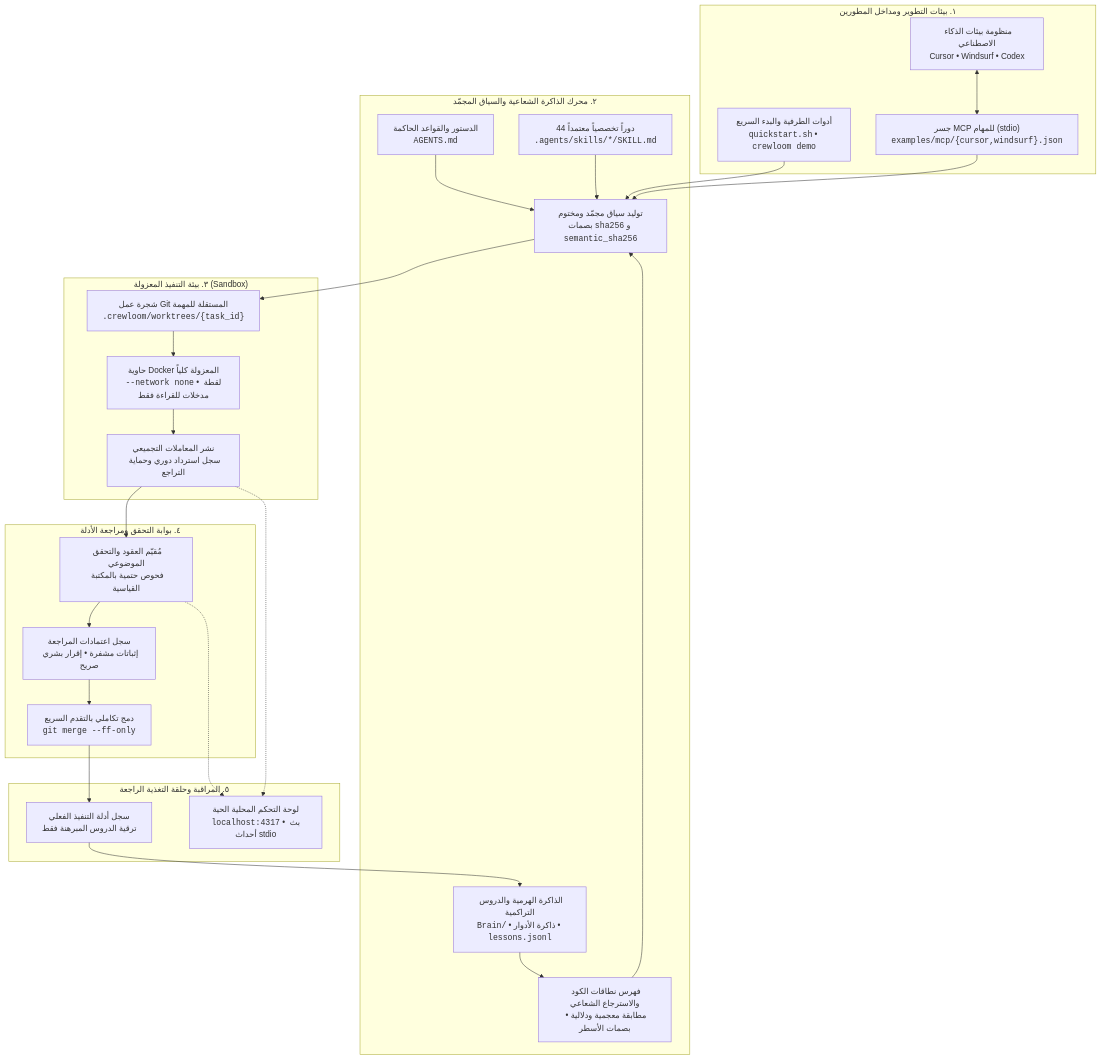
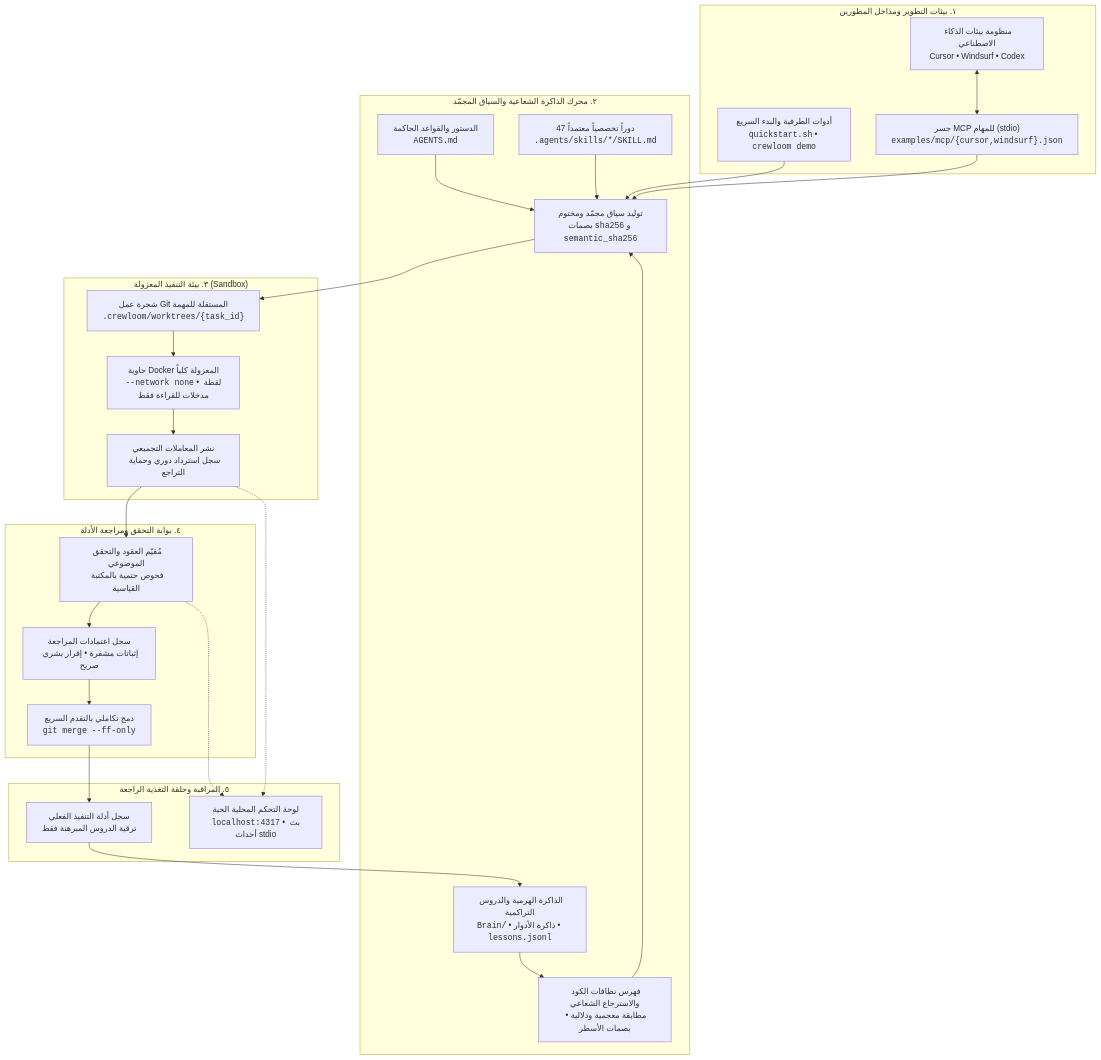
Before and after one commit to crewloom/crewloom: the diagram in README.ar.md, drawn with Mermaid. The commit also changed other lines of this file and 50 other files, not shown here.

````diff
--- a/README.ar.md
+++ b/README.ar.md
@@ -40,54 +40,54 @@
 ```mermaid
 flowchart TD
     subgraph IDE ["١. بيئات التطوير ومداخل المطورين"]
         CLI["أدوات الطرفية والبدء السريع<br/><code>quickstart.sh</code> • <code>crewloom demo</code>"]
         IDEs["منظومة بيئات الذكاء الاصطناعي<br/>Cursor • Windsurf • Codex"]
         MCP["جسر MCP للمهام (stdio)<br/><code>examples/mcp/{cursor,windsurf}.json</code>"]
         IDEs <--> MCP
     end
 
     subgraph Memory ["٢. محرك الذاكرة الشعاعية والسياق المجمّد"]
         Rules["الدستور والقواعد الحاكمة<br/><code>AGENTS.md</code>"]
-        Roles["44 دوراً تخصصياً معتمداً<br/><code>.agents/skills/*/SKILL.md</code>"]
+        Roles["47 دوراً تخصصياً معتمداً<br/><code>.agents/skills/*/SKILL.md</code>"]
         Brain["الذاكرة الهرمية والدروس التراكمية<br/><code>Brain/</code> • ذاكرة الأدوار • <code>lessons.jsonl</code>"]
         Indexer["فهرس نطاقات الكود والاسترجاع الشعاعي<br/>مطابقة معجمية ودلالية • بصمات الأسطر"]
         FrozenGen["توليد سياق مجمّد ومختوم<br/>بصمات <code>sha256</code> و <code>semantic_sha256</code>"]
         
         Rules --> FrozenGen
         Roles --> FrozenGen
         Brain --> Indexer
         Indexer --> FrozenGen
     end
 
     subgraph Sandbox ["٣. بيئة التنفيذ المعزولة (Sandbox)"]
         Worktree["شجرة عمل Git المستقلة للمهمة<br/><code>.crewloom/worktrees/{task_id}</code>"]
         Docker["حاوية Docker المعزولة كلياً<br/><code>--network none</code> • لقطة مدخلات للقراءة فقط"]
         Journal["نشر المعاملات التجميعي<br/>سجل استرداد دوري وحماية التراجع"]
         
         Worktree --> Docker
         Docker --> Journal
     end
 
     subgraph Verification ["٤. بوابة التحقق ومراجعة الأدلة"]
         Gate["مُقيّم العقود والتحقق الموضوعي<br/>فحوص حتمية بالمكتبة القياسية"]
         Reviewer["سجل اعتمادات المراجعة<br/>إثباتات مشفرة • إقرار بشري صريح"]
         GitMerge["دمج تكاملي بالتقدم السريع<br/><code>git merge --ff-only</code>"]
         
         Journal --> Gate
         Gate --> Reviewer
         Reviewer --> GitMerge
     end
 
     subgraph Feedback ["٥. المراقبة وحلقة التغذية الراجعة"]
         Dashboard["لوحة التحكم المحلية الحية<br/><code>localhost:4317</code> • بث أحداث stdio"]
         Evidence["سجل أدلة التنفيذ الفعلي<br/>ترقية الدروس المبرهنة فقط"]
     end
 
     CLI --> FrozenGen
     MCP --> FrozenGen
     FrozenGen --> Worktree
     GitMerge --> Evidence
     Evidence --> Brain
     Gate -.-> Dashboard
     Journal -.-> Dashboard
 ```
````
